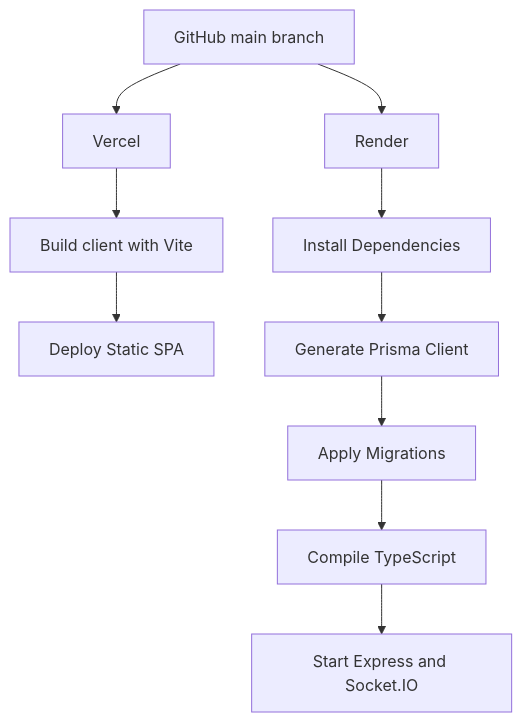
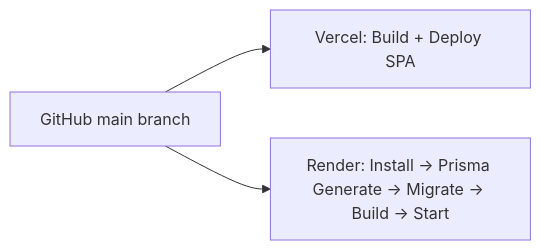
Before and after one commit to aryancodes12-bit/PlacementOS: diagram 13 of 13 in README.md, drawn with Mermaid. The commit also changed other lines of this file, not shown here.

````diff
--- a/README.md
+++ b/README.md
@@ -700,15 +401,5 @@
 ```mermaid
-flowchart TB
-    GITHUB[GitHub main branch]
-
-    GITHUB --> VERCEL[Vercel]
-    VERCEL --> CLIENT[Build client with Vite]
-    CLIENT --> CDN[Deploy Static SPA]
-
-    GITHUB --> RENDER[Render]
-    RENDER --> INSTALL[Install Dependencies]
-    INSTALL --> PRISMA[Generate Prisma Client]
-    PRISMA --> MIGRATE[Apply Migrations]
-    MIGRATE --> BUILD[Compile TypeScript]
-    BUILD --> START[Start Express and Socket.IO]
+flowchart LR
+    GITHUB[GitHub main branch] --> VERCEL[Vercel: Build + Deploy SPA]
+    GITHUB --> RENDER[Render: Install → Prisma Generate → Migrate → Build → Start]
 ```
````
